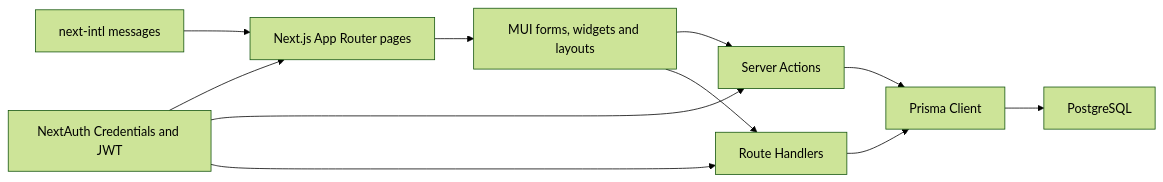
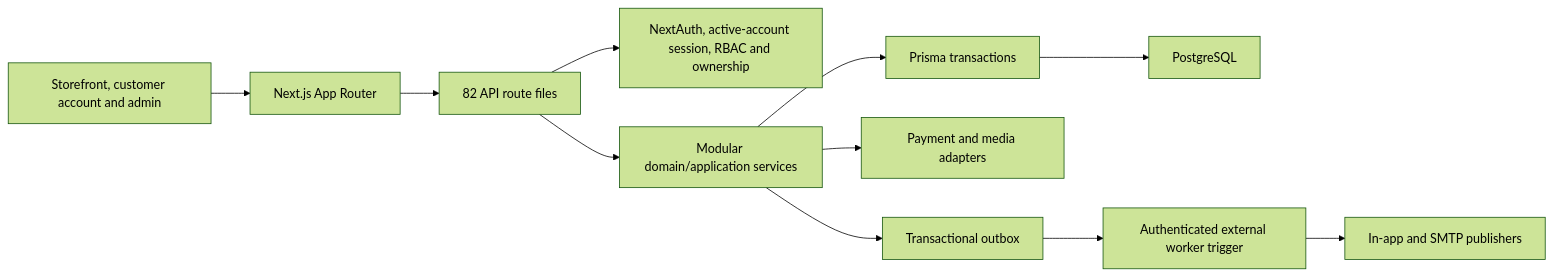
The diagram in docs/CURRENT_PROJECT_ANALYSIS.md (arifulbgt4/Marketplace), drawn with Mermaid (forest theme) before and after one commit. The commit also changed other lines of this file and 378 other files, not shown here.

````diff
--- a/docs/CURRENT_PROJECT_ANALYSIS.md
+++ b/docs/CURRENT_PROJECT_ANALYSIS.md
@@ -21,13 +43,25 @@
 ```mermaid
 flowchart LR
-    UI["Next.js App Router pages"] --> Components["MUI forms, widgets and layouts"]
-    Components --> Actions["Server Actions"]
-    Components --> API["Route Handlers"]
-    Actions --> Prisma["Prisma Client"]
-    API --> Prisma
-    Auth["NextAuth Credentials and JWT"] --> UI
-    Auth --> Actions
-    Auth --> API
-    Prisma --> DB["PostgreSQL"]
-    I18N["next-intl messages"] --> UI
+    Browser["Storefront, customer account and admin"]
+    App["Next.js App Router"]
+    API["82 API route files"]
+    Auth["NextAuth, active-account session, RBAC and ownership"]
+    Domain["Modular domain/application services"]
+    Prisma["Prisma transactions"]
+    DB["PostgreSQL"]
+    Adapter["Payment and media adapters"]
+    Outbox["Transactional outbox"]
+    Worker["Authenticated external worker trigger"]
+    Notify["In-app and SMTP publishers"]
+
+    Browser --> App
+    App --> API
+    API --> Auth
+    API --> Domain
+    Domain --> Prisma
+    Prisma --> DB
+    Domain --> Adapter
+    Domain --> Outbox
+    Outbox --> Worker
+    Worker --> Notify
 ```
````
